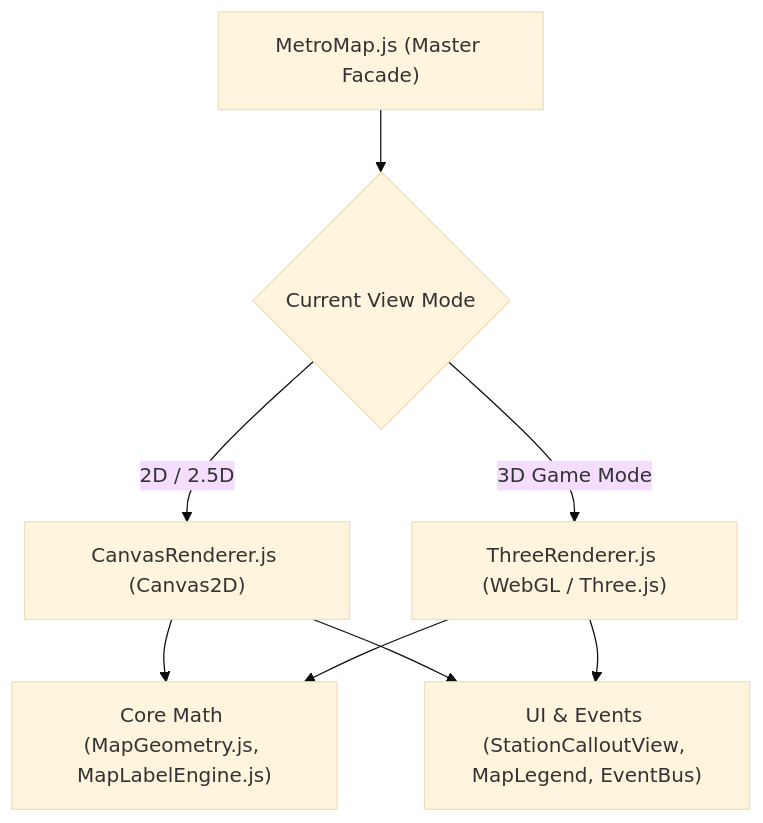
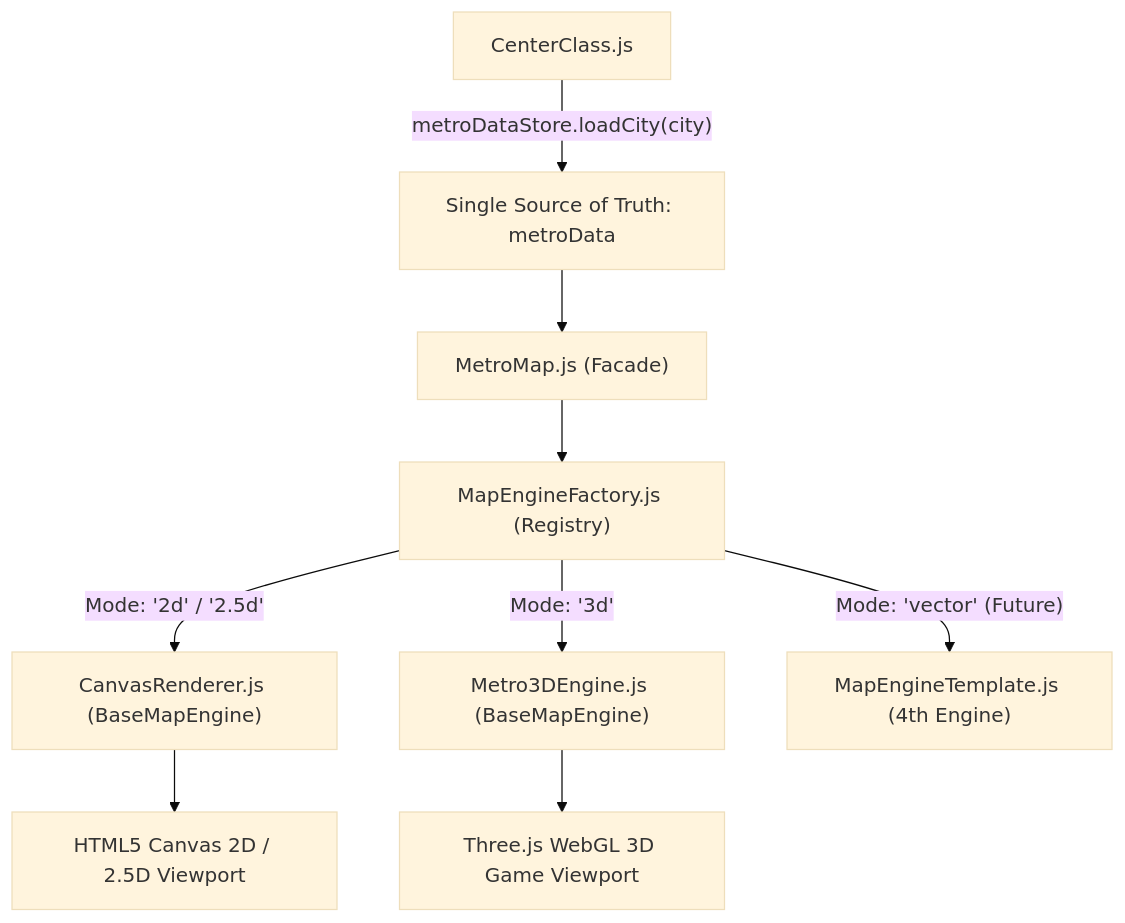
Before and after one commit to raaz2507/metro_Map_n_Route-Finder: the diagram in doc/3d_map_doc/ARCHITECTURE_3D.md, drawn with Mermaid (base theme). The commit also changed other lines of this file and 47 other files, not shown here.

````diff
--- a/doc/3d_map_doc/ARCHITECTURE_3D.md
+++ b/doc/3d_map_doc/ARCHITECTURE_3D.md
@@ -12,12 +13,13 @@
 ```mermaid
 flowchart TD
-    A["MetroMap.js (Master Facade)"] --> B{"Current View Mode"}
-    B -->|"2D / 2.5D"| C["CanvasRenderer.js (Canvas2D)"]
-    B -->|"3D Game Mode"| D["ThreeRenderer.js (WebGL / Three.js)"]
+    A["CenterClass.js"] -->|"metroDataStore.loadCity(city)"| B["Single Source of Truth: metroData"]
+    B --> C["MetroMap.js (Facade)"]
+    C --> D["MapEngineFactory.js (Registry)"]
     
-    C --> E["Core Math (MapGeometry.js, MapLabelEngine.js)"]
-    D --> E
+    D -->|"Mode: '2d' / '2.5d'"| E["CanvasRenderer.js (BaseMapEngine)"]
+    D -->|"Mode: '3d'"| F["Metro3DEngine.js (BaseMapEngine)"]
+    D -->|"Mode: 'vector' (Future)"| G["MapEngineTemplate.js (4th Engine)"]
     
-    C --> F["UI & Events (StationCalloutView, MapLegend, EventBus)"]
-    D --> F
+    E --> H["HTML5 Canvas 2D / 2.5D Viewport"]
+    F --> I["Three.js WebGL 3D Game Viewport"]
 ```
````
